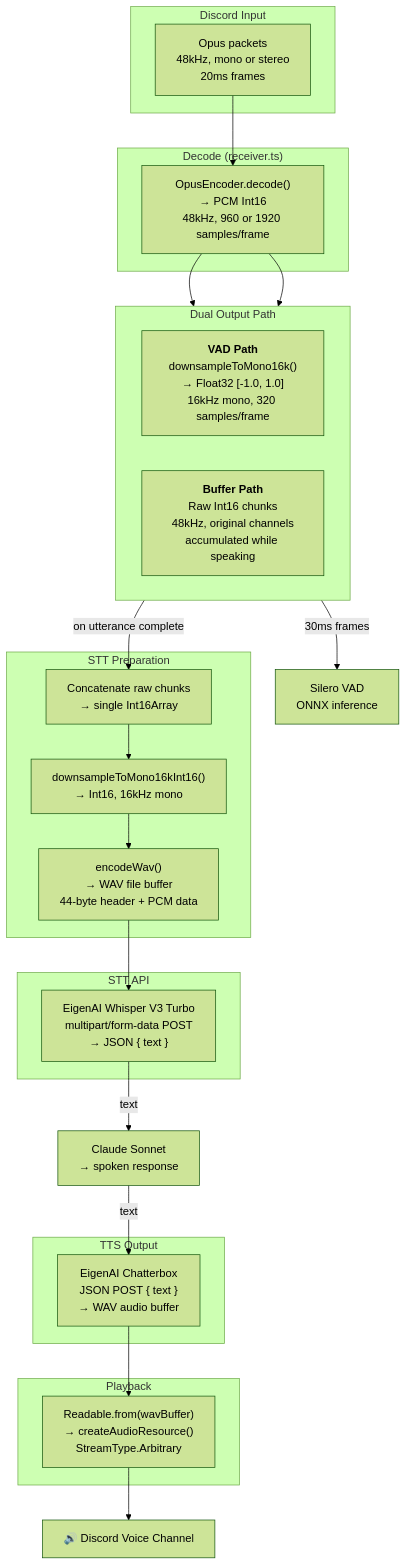
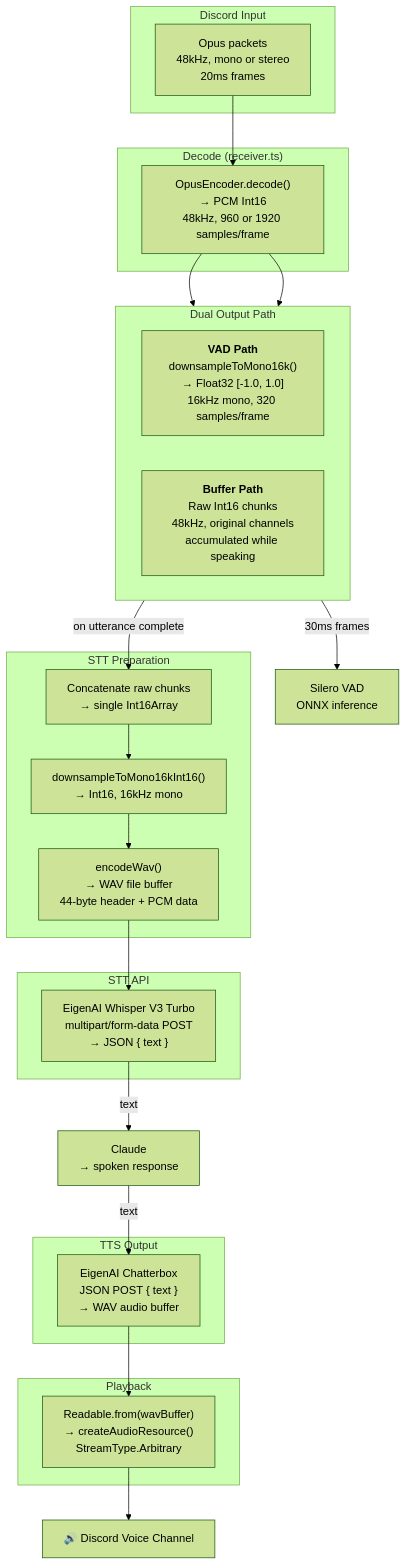
Before and after one commit to NaichuanZhang/discord-claw-auto-evolve: the seventh of 10 diagrams in README.md, drawn with Mermaid (forest theme). The commit also changed other lines of this file, not shown here.

Commit message:
feat(evolution): Fix README inaccuracies: remove nonexistent VOICE_MAX_TOKENS env var, fix model names in diagrams, correct .env example default, add missing defaults and command listings (#44)

````diff
--- a/README.md
+++ b/README.md
@@ -626,46 +625,46 @@
 ```mermaid
 graph TD
     subgraph "Discord Input"
         I1["Opus packets<br/>48kHz, mono or stereo<br/>20ms frames"]
     end
 
     subgraph "Decode (receiver.ts)"
         D1["OpusEncoder.decode()<br/>→ PCM Int16<br/>48kHz, 960 or 1920 samples/frame"]
     end
 
     subgraph "Dual Output Path"
         direction LR
         P1["<b>VAD Path</b><br/>downsampleToMono16k()<br/>→ Float32 [-1.0, 1.0]<br/>16kHz mono, 320 samples/frame"]
         P2["<b>Buffer Path</b><br/>Raw Int16 chunks<br/>48kHz, original channels<br/>accumulated while speaking"]
     end
 
     subgraph "STT Preparation"
         S1["Concatenate raw chunks<br/>→ single Int16Array"]
         S2["downsampleToMono16kInt16()<br/>→ Int16, 16kHz mono"]
         S3["encodeWav()<br/>→ WAV file buffer<br/>44-byte header + PCM data"]
     end
 
     subgraph "STT API"
         A1["EigenAI Whisper V3 Turbo<br/>multipart/form-data POST<br/>→ JSON { text }"]
     end
 
     subgraph "TTS Output"
         T1["EigenAI Chatterbox<br/>JSON POST { text }<br/>→ WAV audio buffer"]
     end
 
     subgraph "Playback"
         PL1["Readable.from(wavBuffer)<br/>→ createAudioResource()<br/>StreamType.Arbitrary"]
     end
 
     I1 --> D1
     D1 --> P1
     D1 --> P2
     P1 -->|"30ms frames"| VAD["Silero VAD<br/>ONNX inference"]
     P2 -->|"on utterance complete"| S1
     S1 --> S2 --> S3
     S3 --> A1
-    A1 -->|"text"| Claude["Claude Sonnet<br/>→ spoken response"]
+    A1 -->|"text"| Claude["Claude<br/>→ spoken response"]
     Claude -->|"text"| T1
     T1 --> PL1
     PL1 --> Speaker["🔊 Discord Voice Channel"]
 ```
````
